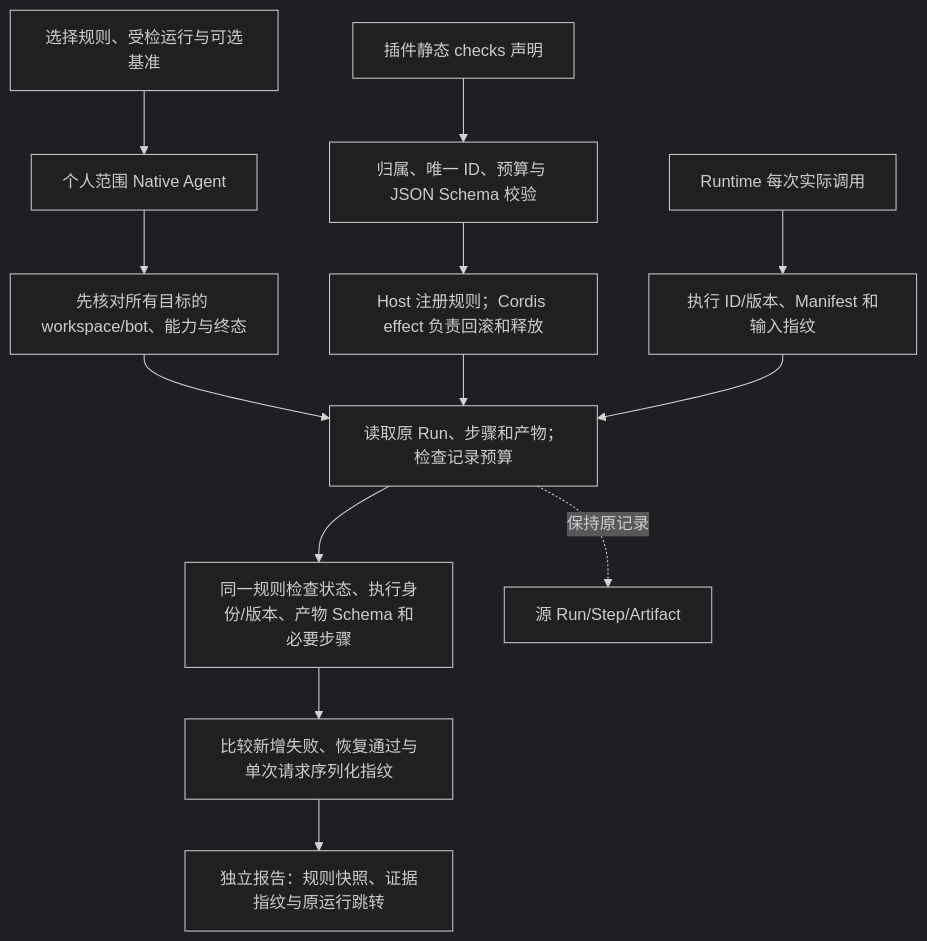
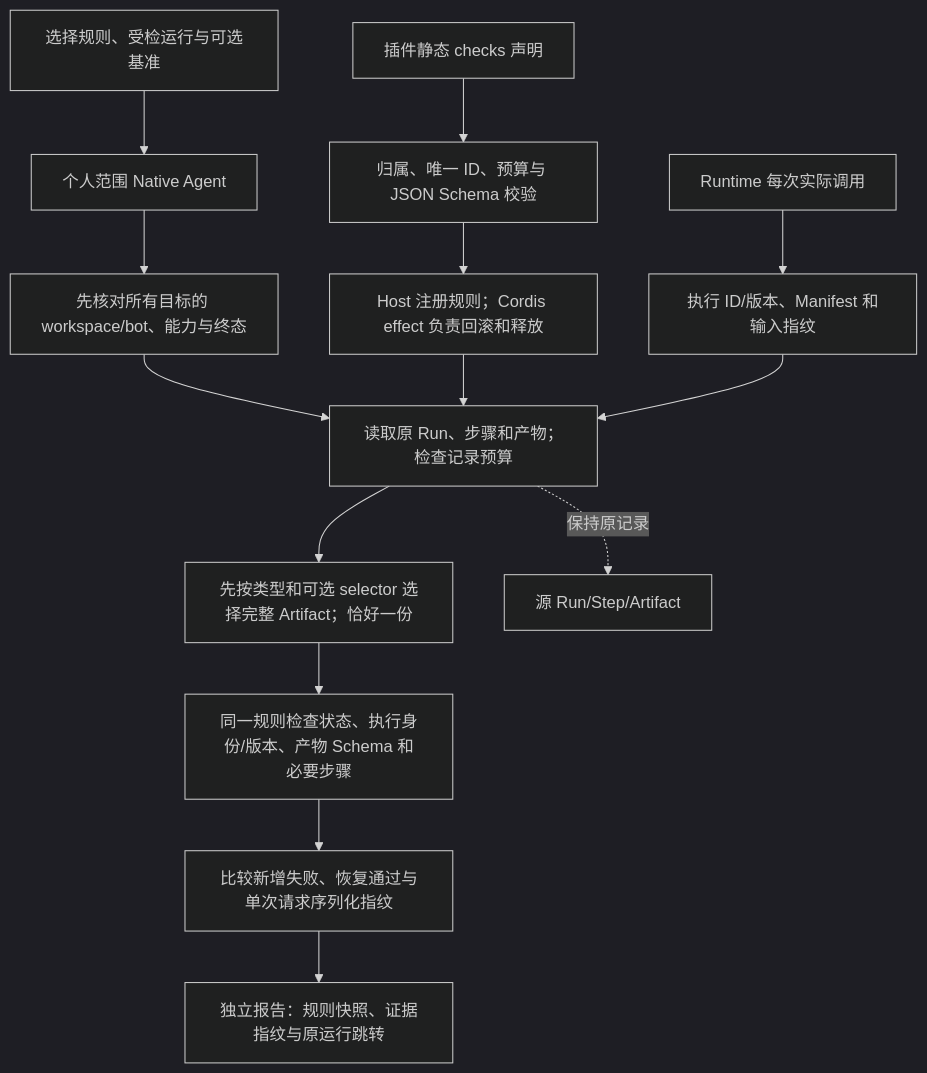
The diagram in backend/src/quality/FEATURE.md (KlayPeter/AI-Delivery-Ops-Agent), drawn with Mermaid (dark theme) before and after one commit. The commit also changed other lines of this file and 26 other files, not shown here.

````diff
--- a/backend/src/quality/FEATURE.md
+++ b/backend/src/quality/FEATURE.md
@@ -20,15 +20,16 @@
 ```mermaid
 flowchart TD
     P[插件静态 checks 声明] --> V[归属、唯一 ID、预算与 JSON Schema 校验]
     V --> REG[Host 注册规则；Cordis effect 负责回滚和释放]
     U[选择规则、受检运行与可选基准] --> A[个人范围 Native Agent]
     A --> S[先核对所有目标的 workspace/bot、能力与终态]
     S --> R[读取原 Run、步骤和产物；检查记录预算]
     REG --> R
-    R --> C[同一规则检查状态、执行身份/版本、产物 Schema 和必要步骤]
+    R --> SELECT[先按类型和可选 selector 选择完整 Artifact；恰好一份]
+    SELECT --> C[同一规则检查状态、执行身份/版本、产物 Schema 和必要步骤]
     C --> DIFF[比较新增失败、恢复通过与单次请求序列化指纹]
     DIFF --> O[独立报告：规则快照、证据指纹与原运行跳转]
     R -. 保持原记录 .-> OLD[源 Run/Step/Artifact]
     RT[Runtime 每次实际调用] --> SNAP[执行 ID/版本、Manifest 和输入指纹]
     SNAP --> R
 ```
````
